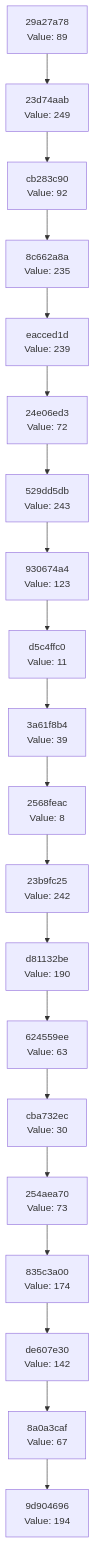
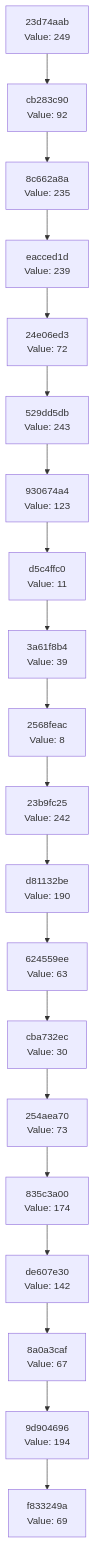
The diagram in docs/CHAIN_VISUALIZATION.md (Abhisheksinha1506/hash-chain-evolver), drawn with Mermaid before and after one commit. The commit also changed 2 other files, not shown here.

Commit message:
Evolution Step

````diff
--- a/docs/CHAIN_VISUALIZATION.md
+++ b/docs/CHAIN_VISUALIZATION.md
@@ -3,42 +3,42 @@
 ```mermaid
 graph TD
-    C0["9d904696<br/>Value: 194"]
-    C1["8a0a3caf<br/>Value: 67"]
+    C0["f833249a<br/>Value: 69"]
+    C1["9d904696<br/>Value: 194"]
     C1 --> C0
-    C2["de607e30<br/>Value: 142"]
+    C2["8a0a3caf<br/>Value: 67"]
     C2 --> C1
-    C3["835c3a00<br/>Value: 174"]
+    C3["de607e30<br/>Value: 142"]
     C3 --> C2
-    C4["254aea70<br/>Value: 73"]
+    C4["835c3a00<br/>Value: 174"]
     C4 --> C3
-    C5["cba732ec<br/>Value: 30"]
+    C5["254aea70<br/>Value: 73"]
     C5 --> C4
-    C6["624559ee<br/>Value: 63"]
+    C6["cba732ec<br/>Value: 30"]
     C6 --> C5
-    C7["d81132be<br/>Value: 190"]
+    C7["624559ee<br/>Value: 63"]
     C7 --> C6
-    C8["23b9fc25<br/>Value: 242"]
+    C8["d81132be<br/>Value: 190"]
     C8 --> C7
-    C9["2568feac<br/>Value: 8"]
+    C9["23b9fc25<br/>Value: 242"]
     C9 --> C8
-    C10["3a61f8b4<br/>Value: 39"]
+    C10["2568feac<br/>Value: 8"]
     C10 --> C9
-    C11["d5c4ffc0<br/>Value: 11"]
+    C11["3a61f8b4<br/>Value: 39"]
     C11 --> C10
-    C12["930674a4<br/>Value: 123"]
+    C12["d5c4ffc0<br/>Value: 11"]
     C12 --> C11
-    C13["529dd5db<br/>Value: 243"]
+    C13["930674a4<br/>Value: 123"]
     C13 --> C12
-    C14["24e06ed3<br/>Value: 72"]
+    C14["529dd5db<br/>Value: 243"]
     C14 --> C13
-    C15["eacced1d<br/>Value: 239"]
+    C15["24e06ed3<br/>Value: 72"]
     C15 --> C14
-    C16["8c662a8a<br/>Value: 235"]
+    C16["eacced1d<br/>Value: 239"]
     C16 --> C15
-    C17["cb283c90<br/>Value: 92"]
+    C17["8c662a8a<br/>Value: 235"]
     C17 --> C16
-    C18["23d74aab<br/>Value: 249"]
+    C18["cb283c90<br/>Value: 92"]
     C18 --> C17
-    C19["29a27a78<br/>Value: 89"]
+    C19["23d74aab<br/>Value: 249"]
     C19 --> C18
 ```
````
